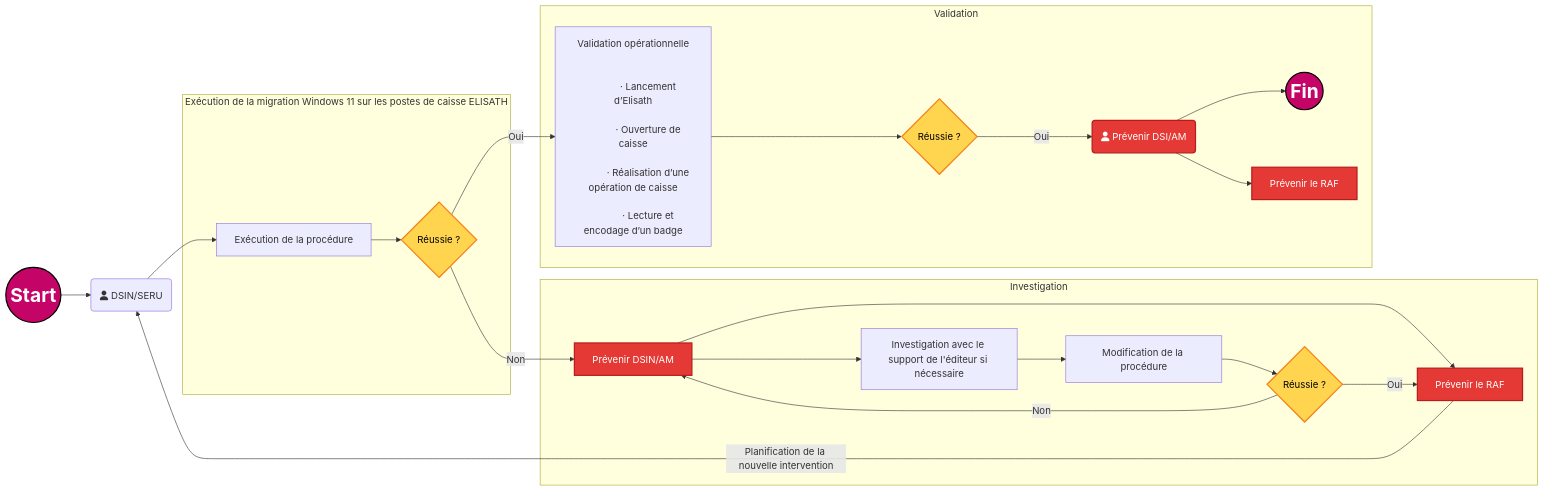
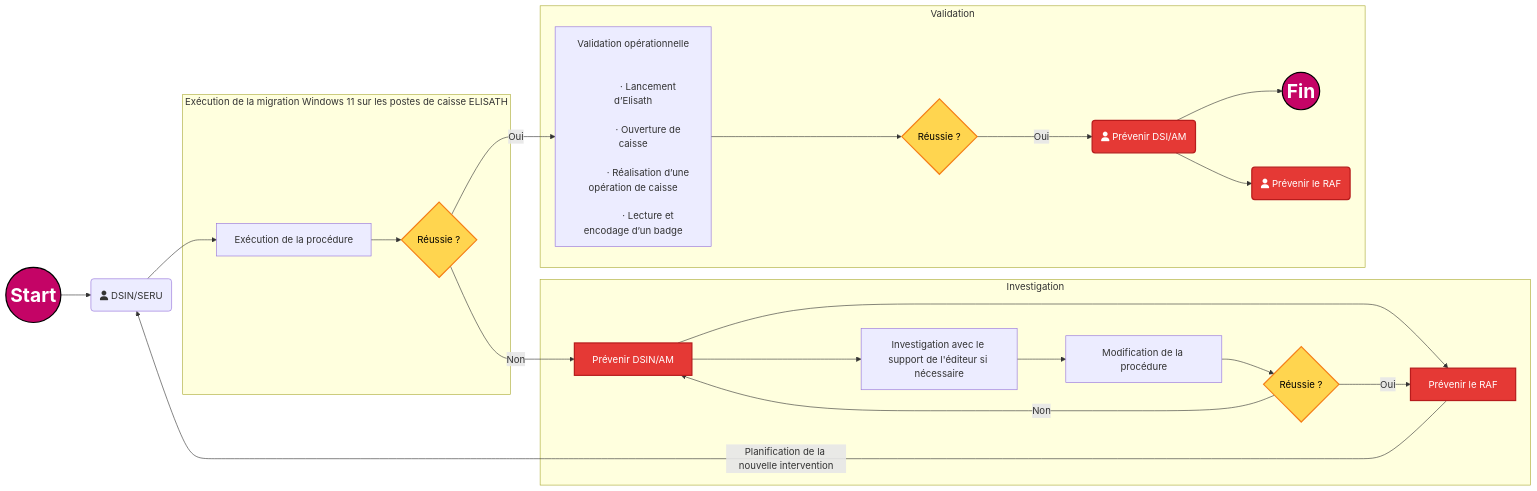
One commit to fdadda/iodraw-files changed the diagram in all/Flux de validation.md. Above: the diagram before and after it, drawn with Mermaid.

Commit message:
2026-05-12 11:38:38 update

````diff
--- a/all/Flux de validation.md
+++ b/all/Flux de validation.md
@@ -1,61 +1,61 @@
 ```mermaid
 flowchart LR
 
     start((Start)) --> A
     A(fa:fa-user DSIN/SERU) --> B[Exécution de la procédure]
 
     subgraph Exécution de la migration Windows 11 sur les postes de caisse ELISATH
         B --> C{Réussie ?}
     end
 
     subgraph Validation
         C -->|Oui| D["Validation opérationnelle<br/><br/>
             · Lancement d’Elisath<br/>
             · Ouverture de caisse<br/>
             · Réalisation d’une opération de caisse<br/>
             · Lecture et encodage d’un badge"]
 
         D --> Val{Réussie ?}
 
         Val -->|Oui| PrevDSI(fa:fa-user Prévenir DSI/AM)
-        %%Val -->|Oui| PrevRAF(fa:fa-uPrévenir le RAF)
+        %%Val -->|Oui| PrevRAF(fa:fa-user Prévenir le RAF)
 
         PrevDSI --> fin((Fin))
-        PrevDSI  --> PrevRAF[Prévenir le RAF]
+        PrevDSI  --> PrevRAF(fa:fa-user Prévenir le RAF)
     end
 
     subgraph Investigation
         C -->|Non| E[Prévenir DSIN/AM]
         E --> F[Prévenir le RAF]
         E --> G[Investigation avec le support de l'éditeur si nécessaire]
         G --> H[Modification de la procédure]
         H --> I{Réussie ?}
         I -->|Oui| F
         I -->|Non| E
     end
 
     F -->|Planification de la nouvelle intervention| A
 
     %% --- STYLES ---
     classDef StartEndPoint fill:#c40466,stroke:#000,color:#fff,stroke-width:2px,font-size:16px,font-weight:bold;
     classDef decision      fill:#ffd54f,stroke:#f57f17,color:#000,stroke-width:2px;
     classDef error         fill:#e53935,stroke:#b71c1c,color:#fff,stroke-width:2px;
 
     %% --- AFFECTATION DES CLASSES ---
     class start,fin StartEndPoint;
     class C,I,Val decision;
     class E,F,PrevDSI,PrevRAF error;
 
     %% --- “CEINTURE + BRETELLES” (force le style sur les 2 nœuds) ---
     style start font-size:32px,font-weight:bold
     style fin   font-size:32px,font-weight:bold
 
     %% --- Codes couleur (commentaires) ---
     %% Bleu marine #000080
     %% Midnight blue #191970
     %% Bleu foncé intense #080F70
     %% Bleu foncé moderne #111184
     %% Orange #ffd54f
     %% Rouge #e53935
     %% Rose CAPI #c40466
 ```
````
